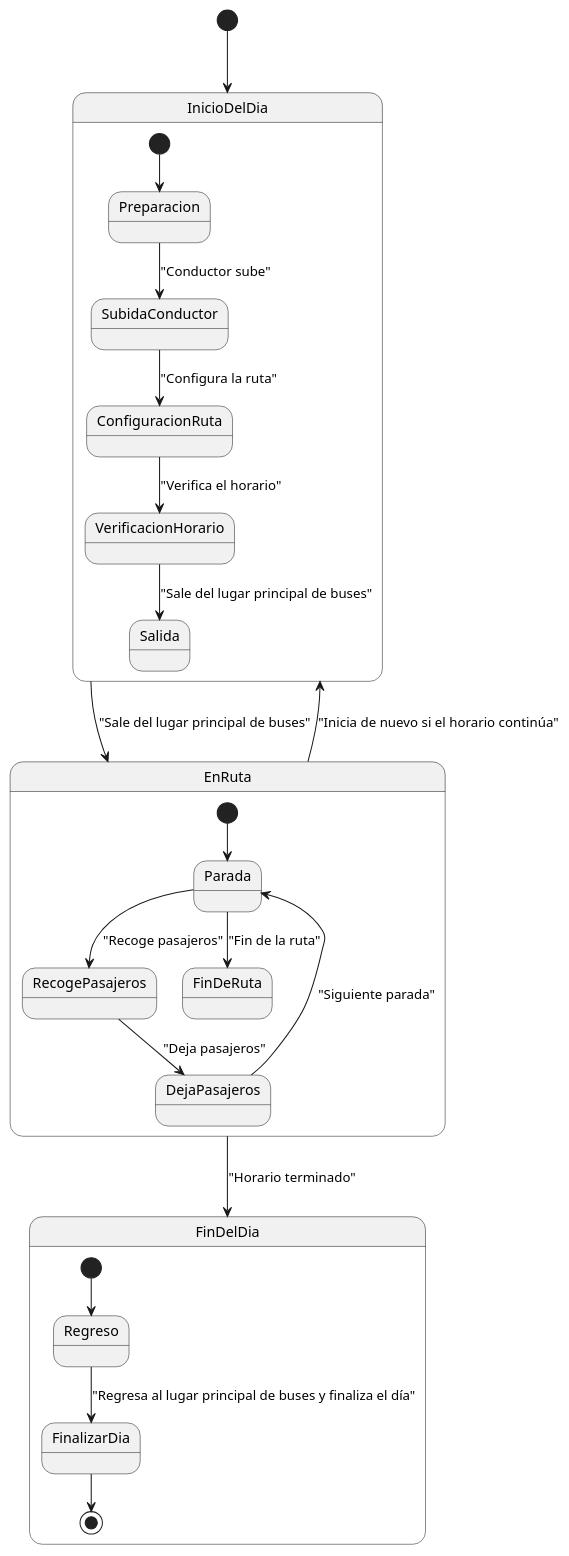
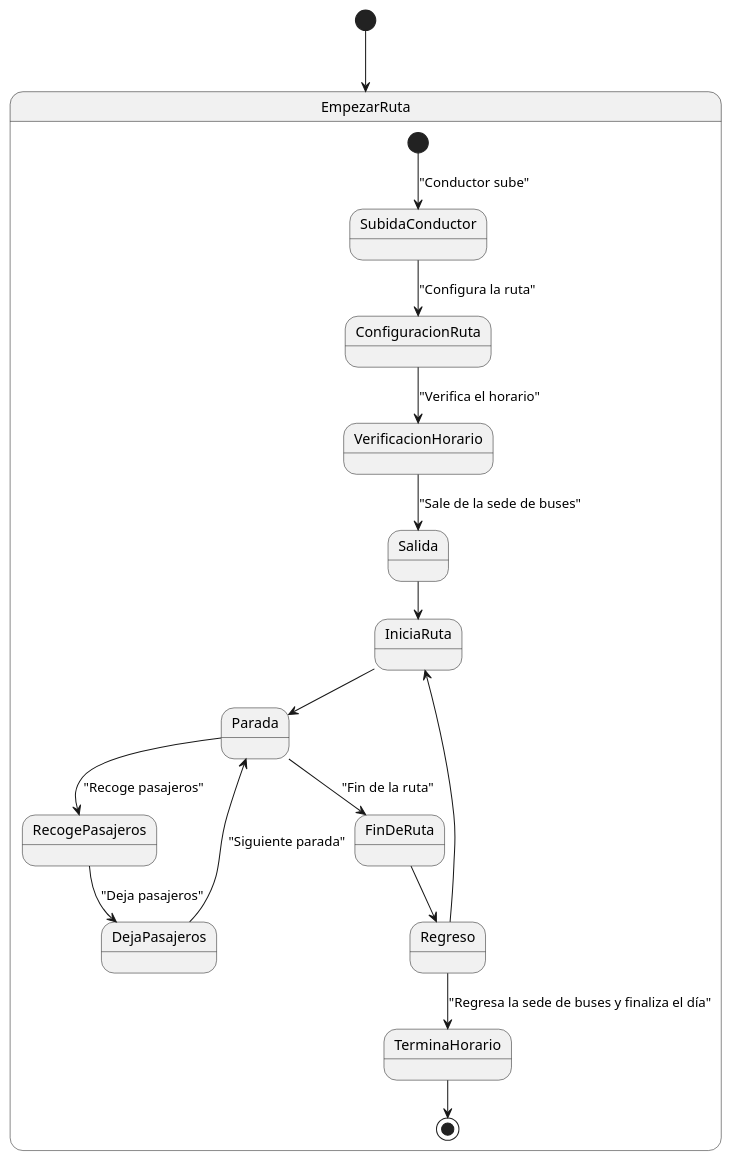
Before and after one commit to Ingenieria-Informatica-UNEATLANTICO/app-actividad-post-parcial-AndrextA: the diagram in modelosUML/parcial/diagrama_estados_autobus.pu, drawn with PlantUML. The commit also changed 3 other files, not shown here.

Commit message:
fix: diagrams as in the exam

```diff
--- a/modelosUML/parcial/diagrama_estados_autobus.pu
+++ b/modelosUML/parcial/diagrama_estados_autobus.pu
@@ -1,34 +1,23 @@
 @startuml Diagrama_de_Estados_Bus
 skinparam defaultTextAlignment center
 
-[*] --> InicioDelDia
+[*] --> EmpezarRuta
 
-state InicioDelDia {
-  [*] --> Preparacion
-  Preparacion --> SubidaConductor : "Conductor sube"
+state EmpezarRuta {
+  [*] --> SubidaConductor : "Conductor sube"
   SubidaConductor --> ConfiguracionRuta : "Configura la ruta"
   ConfiguracionRuta --> VerificacionHorario : "Verifica el horario"
-  VerificacionHorario --> Salida : "Sale del lugar principal de buses"
-}
-
-InicioDelDia --> EnRuta : "Sale del lugar principal de buses"
-
-state EnRuta {
-  [*] --> Parada
+  VerificacionHorario --> Salida : "Sale de la sede de buses"
+  Salida --> IniciaRuta
+  IniciaRuta --> Parada
   Parada --> RecogePasajeros : "Recoge pasajeros"
   RecogePasajeros --> DejaPasajeros : "Deja pasajeros"
   DejaPasajeros --> Parada : "Siguiente parada"
-  
   Parada --> FinDeRuta : "Fin de la ruta"
-}
-
-EnRuta --> InicioDelDia : "Inicia de nuevo si el horario continúa"
-EnRuta --> FinDelDia : "Horario terminado"
-
-state FinDelDia {
-  [*] --> Regreso
-  Regreso --> FinalizarDia : "Regresa al lugar principal de buses y finaliza el día"
-  FinalizarDia --> [*]
+  FinDeRuta --> Regreso
+  Regreso --> IniciaRuta
+  Regreso --> TerminaHorario : "Regresa la sede de buses y finaliza el día"
+  TerminaHorario --> [*]
 }
 
 @enduml
```
